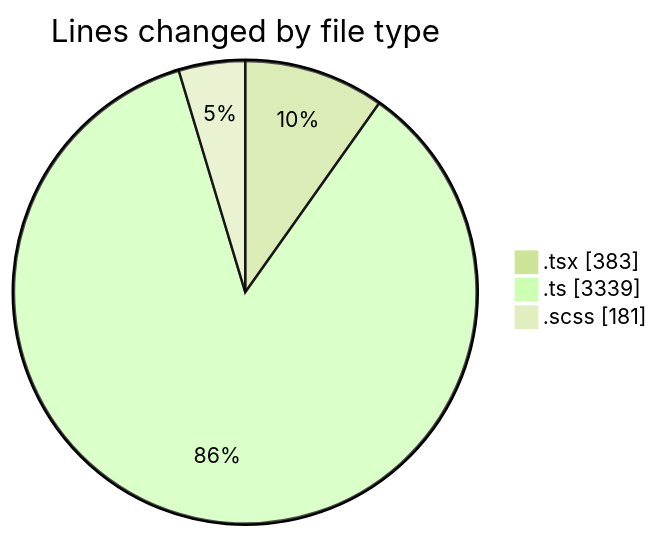
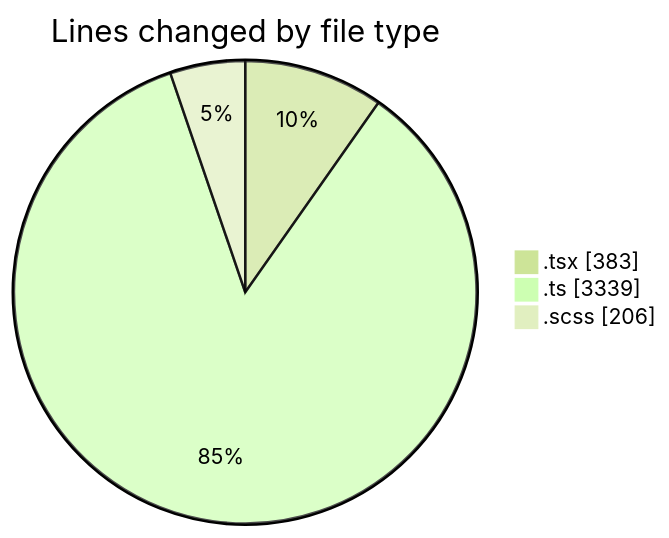
The first of 2 diagrams in 2025-09-17/cda/README.md (momahboobian/code-tracking), drawn with Mermaid (forest theme) before and after one commit. The commit also changed other lines of this file and 1 other file, not shown here.

````diff
--- a/2025-09-17/cda/README.md
+++ b/2025-09-17/cda/README.md
@@ -24,7 +24,7 @@
 ```mermaid
 pie showData
 title Lines changed by file type
 ".tsx" : 383
 ".ts" : 3339
-".scss" : 181
+".scss" : 206
 ```
````
